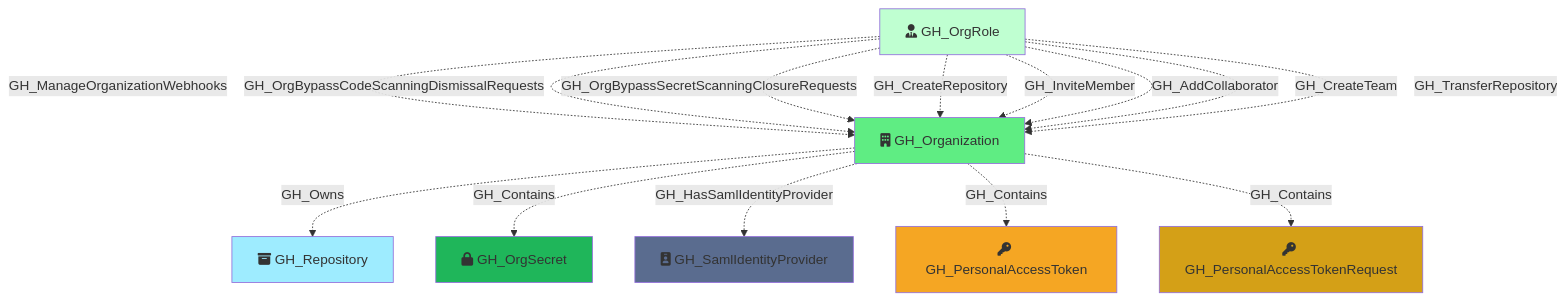
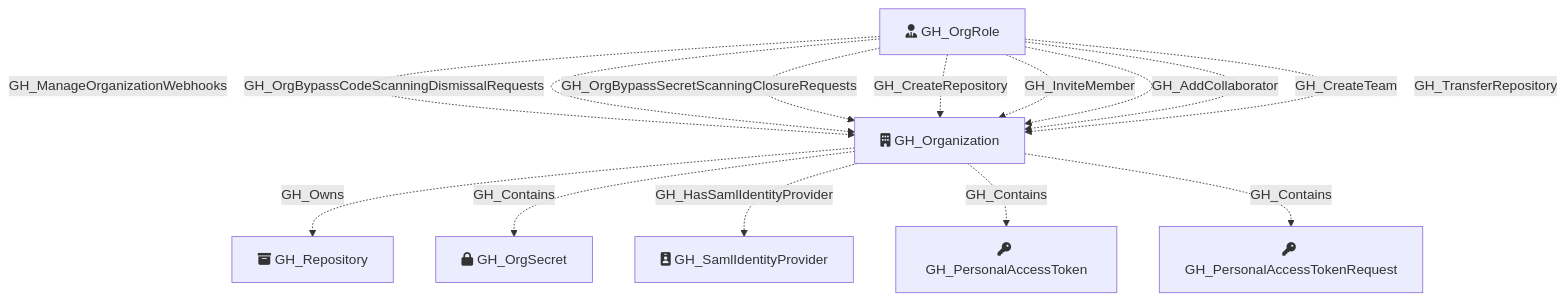
Before and after one commit to SpecterOps/GitHound: the diagram in Documentation/NodeDescriptions/GH_Organization.md, drawn with Mermaid. The commit also changed 23 other files, not shown here.

Commit message:
rm mermaid box colors

````diff
--- a/Documentation/NodeDescriptions/GH_Organization.md
+++ b/Documentation/NodeDescriptions/GH_Organization.md
@@ -109,34 +109,27 @@
 ```mermaid
 flowchart TD
     GH_Organization[fa:fa-building GH_Organization]
     GH_Repository[fa:fa-box-archive GH_Repository]
     GH_OrgSecret[fa:fa-lock GH_OrgSecret]
     GH_SamlIdentityProvider[fa:fa-id-badge GH_SamlIdentityProvider]
     GH_OrgRole[fa:fa-user-tie GH_OrgRole]
 
-    style GH_Organization fill:#5FED83
-    style GH_Repository fill:#9EECFF
-    style GH_OrgSecret fill:#1FB65A
-    style GH_SamlIdentityProvider fill:#5A6C8F
-    style GH_OrgRole fill:#BFFFD1
 
     GH_Organization -.->|GH_Owns| GH_Repository
     GH_PersonalAccessToken[fa:fa-key GH_PersonalAccessToken]
     GH_PersonalAccessTokenRequest[fa:fa-key GH_PersonalAccessTokenRequest]
 
-    style GH_PersonalAccessToken fill:#F5A623
-    style GH_PersonalAccessTokenRequest fill:#D4A017
 
     GH_Organization -.->|GH_Contains| GH_OrgSecret
     GH_Organization -.->|GH_HasSamlIdentityProvider| GH_SamlIdentityProvider
     GH_Organization -.->|GH_Contains| GH_PersonalAccessToken
     GH_Organization -.->|GH_Contains| GH_PersonalAccessTokenRequest
     GH_OrgRole -.->|GH_ManageOrganizationWebhooks| GH_Organization
     GH_OrgRole -.->|GH_OrgBypassCodeScanningDismissalRequests| GH_Organization
     GH_OrgRole -.->|GH_OrgBypassSecretScanningClosureRequests| GH_Organization
     GH_OrgRole -.->|GH_CreateRepository| GH_Organization
     GH_OrgRole -.->|GH_InviteMember| GH_Organization
     GH_OrgRole -.->|GH_AddCollaborator| GH_Organization
     GH_OrgRole -.->|GH_CreateTeam| GH_Organization
     GH_OrgRole -.->|GH_TransferRepository| GH_Organization
 ```
````
